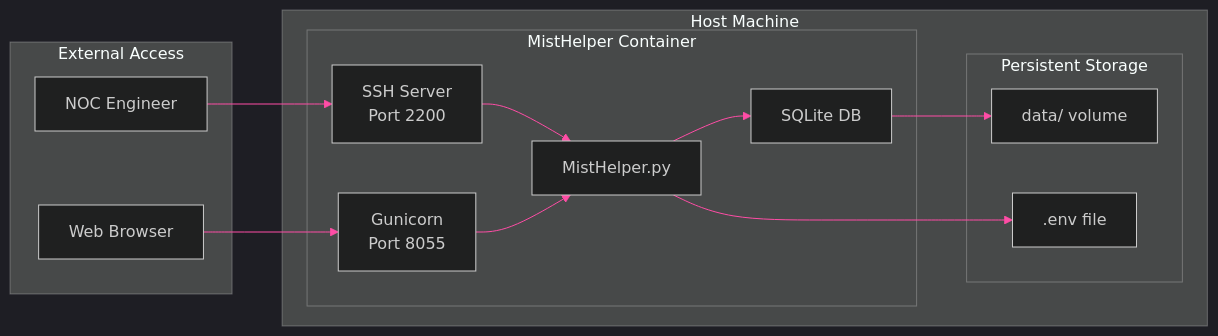
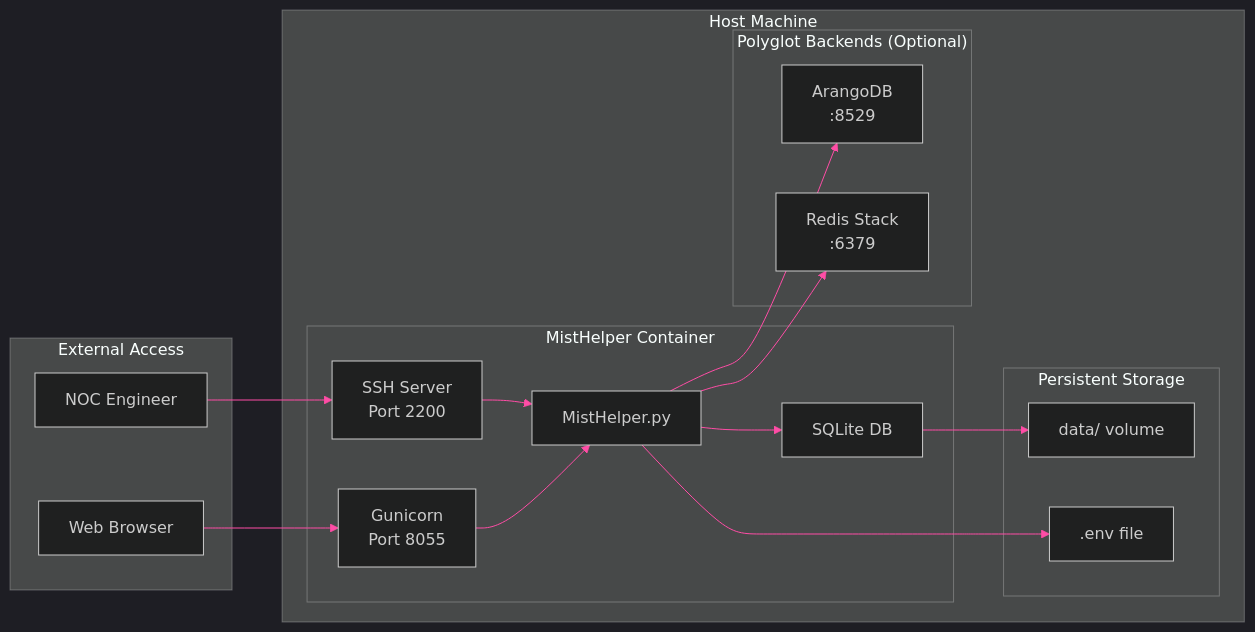
The second of 2 diagrams in documentation/diagrams/infrastructure/container-architecture.md (jmorrison-juniper/MistHelper), drawn with Mermaid before and after one commit. The commit also changed other lines of this file and 44 other files, not shown here.

````diff
--- a/documentation/diagrams/infrastructure/container-architecture.md
+++ b/documentation/diagrams/infrastructure/container-architecture.md
@@ -69,38 +74,45 @@
 ```mermaid
 %%{init: {'theme': 'dark', 'themeVariables': {
   'primaryColor': '#E20074',
   'primaryTextColor': '#E0E0E0',
   'primaryBorderColor': '#99004D',
   'lineColor': '#FF4DA6',
   'secondaryColor': '#16213E',
   'tertiaryColor': '#1A1A2E',
   'fontFamily': 'ui-monospace, monospace'
 }}}%%
 flowchart LR
     subgraph external["External Access"]
         engineer["NOC Engineer"]
         browser["Web Browser"]
     end
 
     subgraph host["Host Machine"]
         subgraph container["MistHelper Container"]
             sshd["SSH Server<br/>Port 2200"]
             gunicorn["Gunicorn<br/>Port 8055"]
             misthelper["MistHelper.py"]
             sqlite["SQLite DB"]
         end
 
         subgraph storage["Persistent Storage"]
             datadir["data/ volume"]
             envfile[".env file"]
         end
+
+        subgraph polyglot["Polyglot Backends (Optional)"]
+            arango["ArangoDB<br/>:8529"]
+            redis["Redis Stack<br/>:6379"]
+        end
     end
 
     engineer --> sshd
     browser --> gunicorn
     sshd --> misthelper
     gunicorn --> misthelper
     misthelper --> sqlite
+    misthelper --> arango
+    misthelper --> redis
     sqlite --> datadir
     misthelper --> envfile
 ```
````
